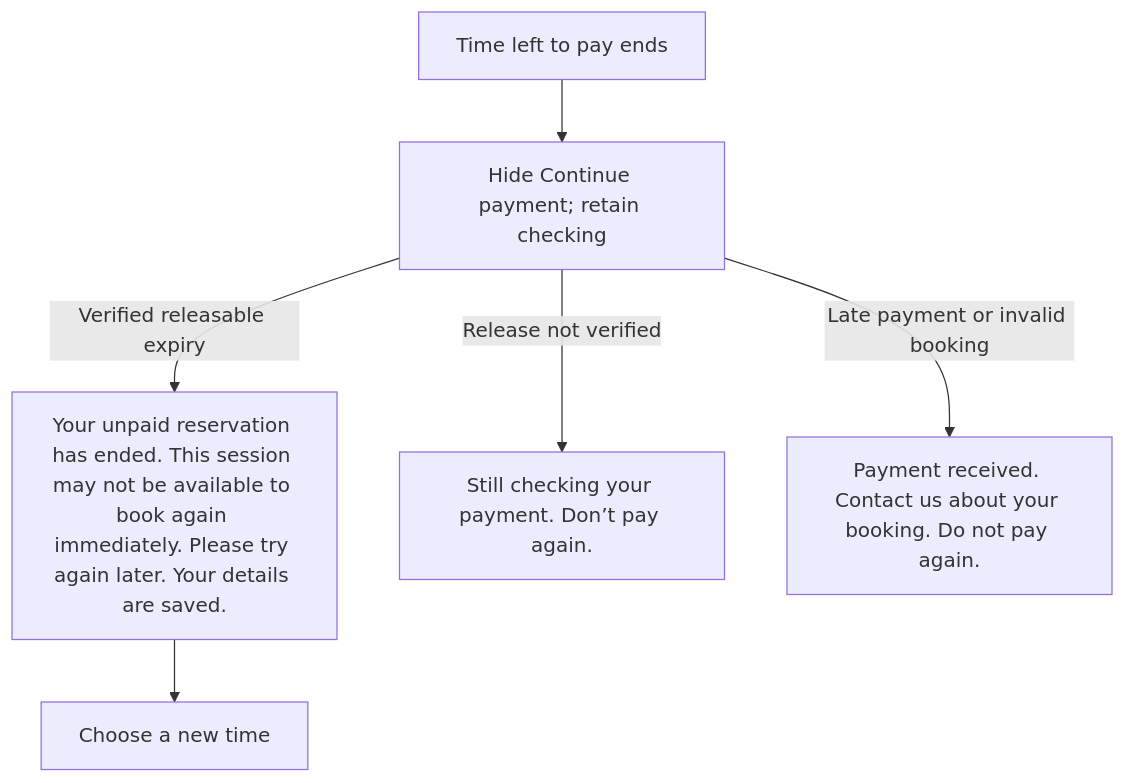
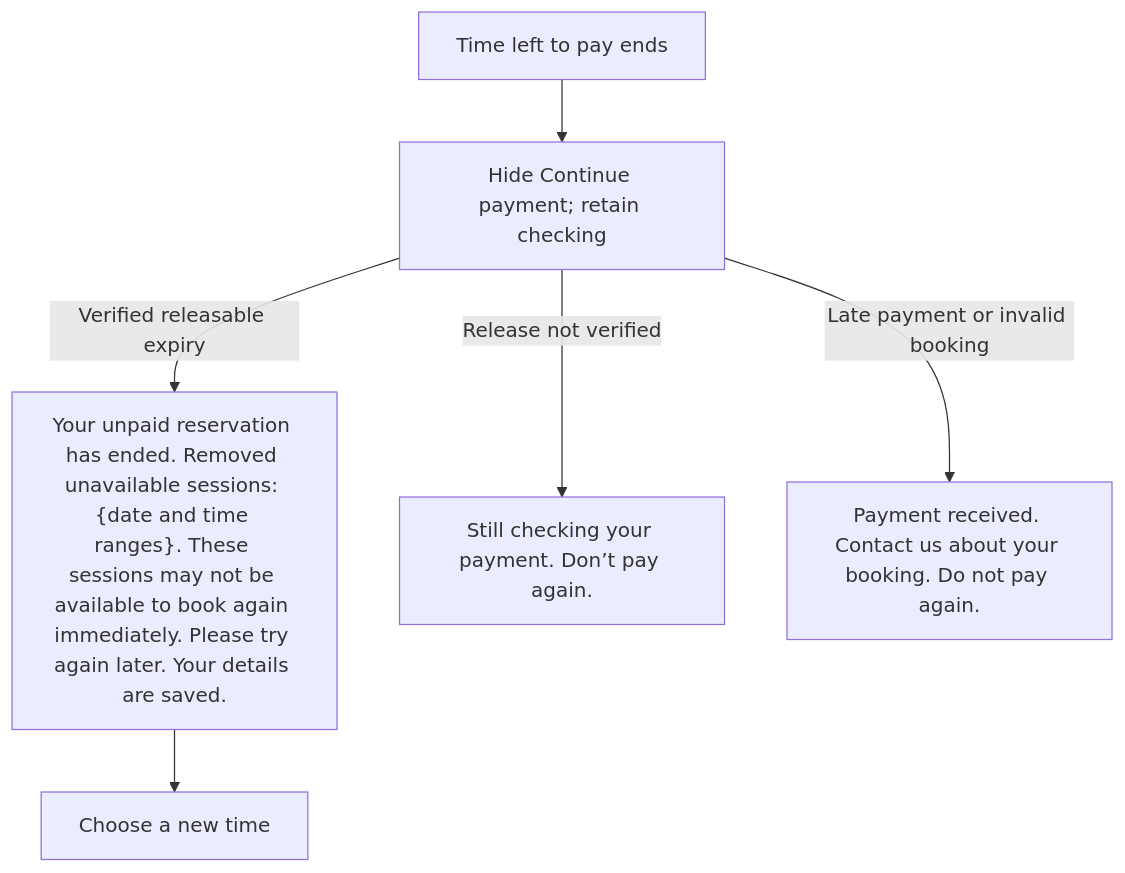
One commit to soccerbotstudiosg/soccerbotstudioSG changed diagram 13 of 19 in docs/booking-flows.md. Above: the diagram before and after it, drawn with Mermaid. The commit also changed other lines of this file and 13 other files, not shown here.

````diff
--- a/docs/booking-flows.md
+++ b/docs/booking-flows.md
@@ -195,8 +198,8 @@
 ```mermaid
 flowchart TD
   A["Time left to pay ends"] --> B["Hide Continue payment; retain checking"]
-  B -->|Verified releasable expiry| C["Your unpaid reservation has ended. This session may not be available to book again immediately. Please try again later. Your details are saved."]
+  B -->|Verified releasable expiry| C["Your unpaid reservation has ended. Removed unavailable sessions: {date and time ranges}. These sessions may not be available to book again immediately. Please try again later. Your details are saved."]
   B -->|Release not verified| D["Still checking your payment. Don’t pay again."]
   B -->|Late payment or invalid booking| E["Payment received. Contact us about your booking. Do not pay again."]
   C --> F["Choose a new time"]
 ```
````
